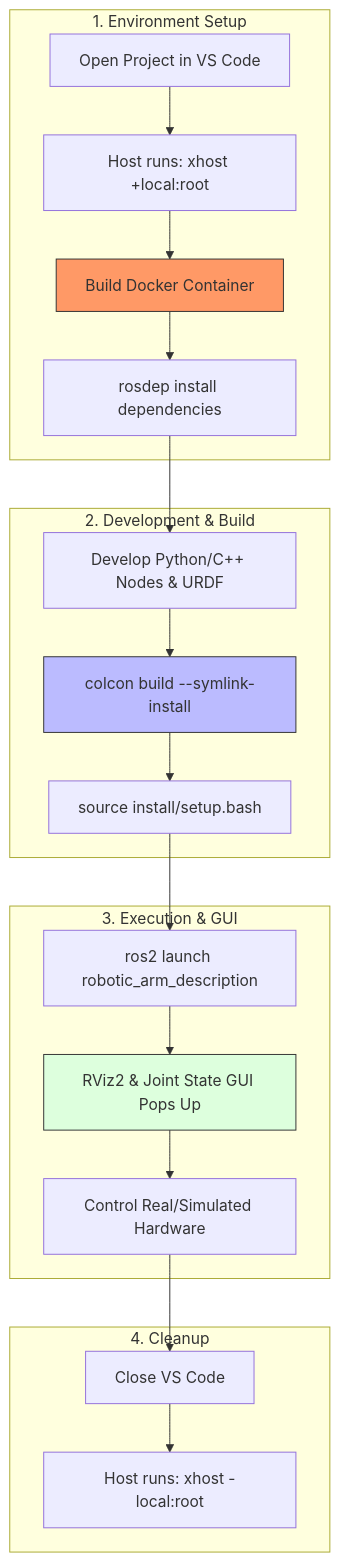
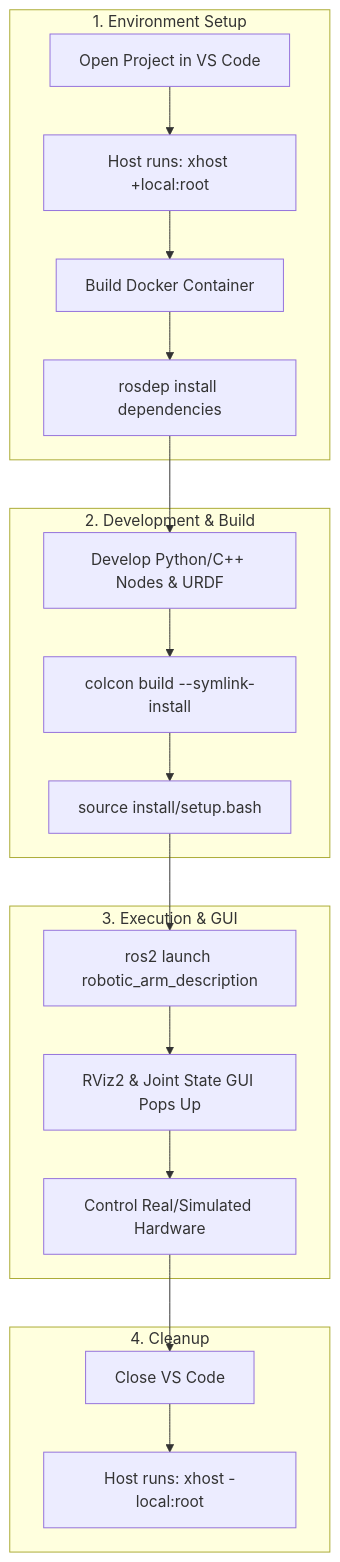
The diagram in README.md (daniel-iacob/ros2_robotic_arm), drawn with Mermaid before and after one commit.

Commit message:
remove style

````diff
--- a/README.md
+++ b/README.md
@@ -65,31 +65,26 @@
 ```mermaid
 
 graph TD
     subgraph "1. Environment Setup"
         A[Open Project in VS Code] --> B[Host runs: xhost +local:root]
         B --> C[Build Docker Container]
         C --> D[rosdep install dependencies]
     end
 
     subgraph "2. Development & Build"
         D --> E[Develop Python/C++ Nodes & URDF]
         E --> F[colcon build --symlink-install]
         F --> G[source install/setup.bash]
     end
 
     subgraph "3. Execution & GUI"
         G --> H[ros2 launch robotic_arm_description]
         H --> I[RViz2 & Joint State GUI Pops Up]
         I --> J[Control Real/Simulated Hardware]
     end
 
     subgraph "4. Cleanup"
         J --> K[Close VS Code]
         K --> L[Host runs: xhost -local:root]
     end
-
-    %% Visual Styling
-    style C fill:#f96,stroke:#333
-    style F fill:#bbf,stroke:#333
-    style I fill:#dfd,stroke:#333
 ```
````
